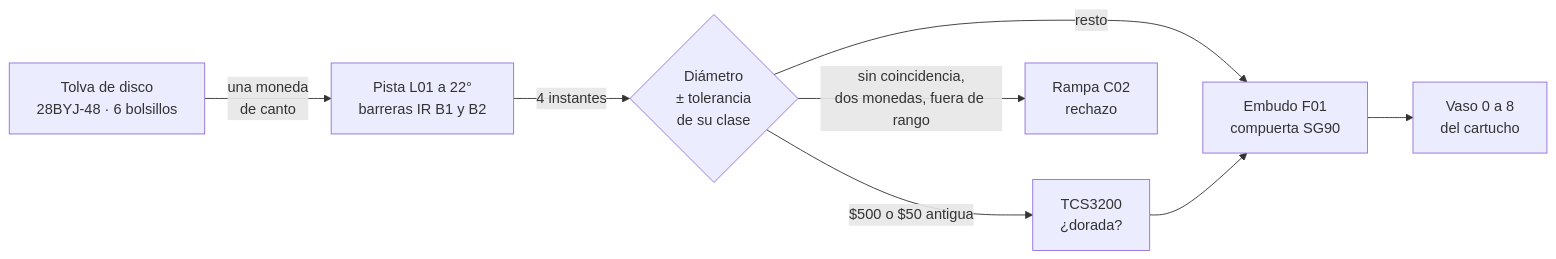
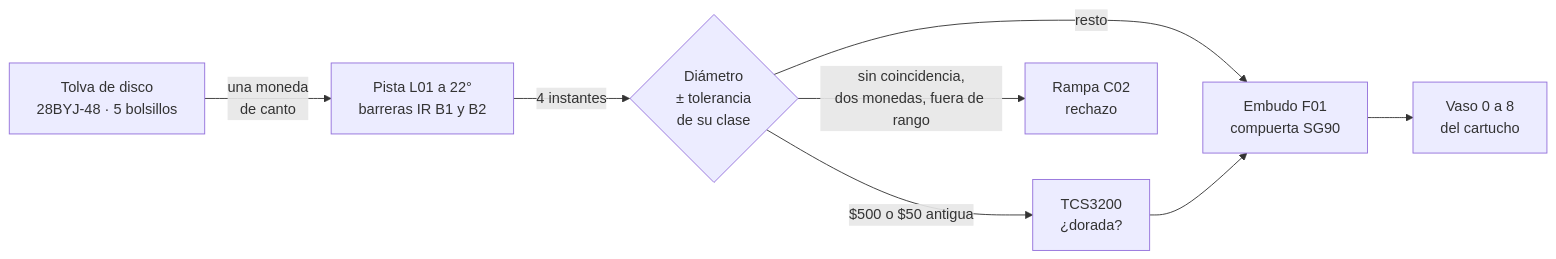
The first of 5 diagrams in README.md (Johan-C777/coin-sorting-robot-pybullet), drawn with Mermaid before and after one commit. The commit also changed other lines of this file and 65 other files, not shown here.

````diff
--- a/README.md
+++ b/README.md
@@ -140,10 +149,10 @@
 ```mermaid
 flowchart LR
-    T["Tolva de disco<br/>28BYJ-48 · 6 bolsillos"] -->|"una moneda<br/>de canto"| P["Pista L01 a 22°<br/>barreras IR B1 y B2"]
+    T["Tolva de disco<br/>28BYJ-48 · 5 bolsillos"] -->|"una moneda<br/>de canto"| P["Pista L01 a 22°<br/>barreras IR B1 y B2"]
     P -->|"4 instantes"| D{"Diámetro<br/>± tolerancia<br/>de su clase"}
     D -->|"$500 o $50 antigua"| C["TCS3200<br/>¿dorada?"]
     D -->|"resto"| E["Embudo F01<br/>compuerta SG90"]
     C --> E
     D -->|"sin coincidencia,<br/>dos monedas, fuera de rango"| X["Rampa C02<br/>rechazo"]
     E --> V["Vaso 0 a 8<br/>del cartucho"]
 ```
````
